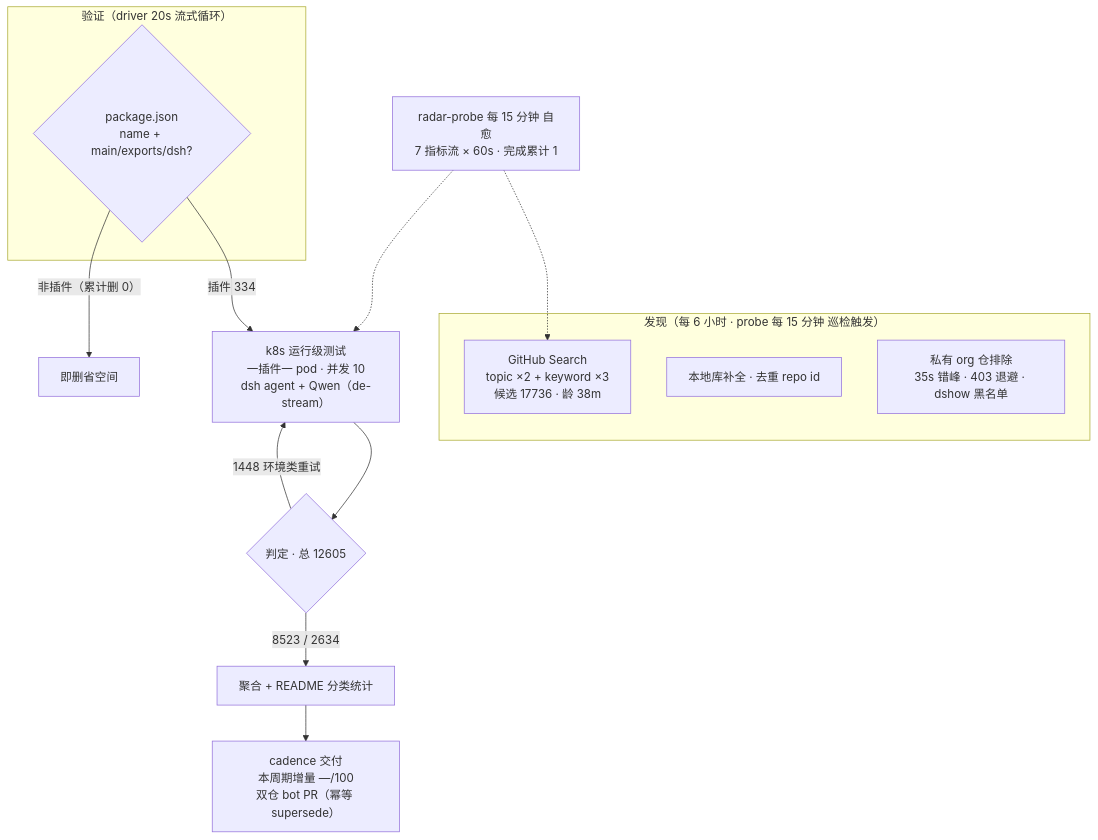
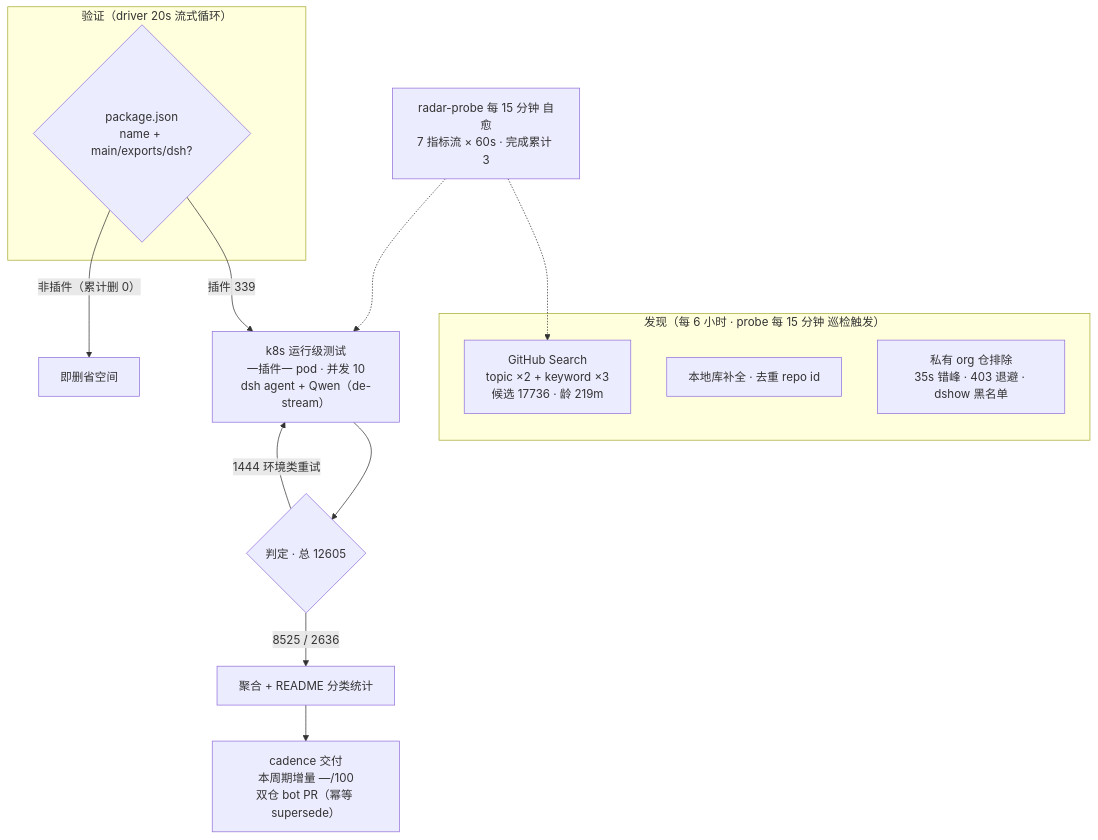
The diagram in README.md (AdamPlatin123/awesome-dsh-plugins), drawn with Mermaid before and after one commit. The commit also changed other lines of this file and 5 other files, not shown here.

````diff
--- a/README.md
+++ b/README.md
@@ -52,20 +52,20 @@
 ```mermaid
 flowchart TB
     subgraph Discovery["发现（每 6 小时 · probe 每 15 分钟 巡检触发）"]
-        A1["GitHub Search<br/>topic ×2 + keyword ×3<br/>候选 17736 · 龄 38m"]
+        A1["GitHub Search<br/>topic ×2 + keyword ×3<br/>候选 17736 · 龄 219m"]
         A2["本地库补全 · 去重 repo id"]
         A3["私有 org 仓排除<br/>35s 错峰 · 403 退避 · dshow 黑名单"]
     end
     subgraph Validation["验证（driver 20s 流式循环）"]
         B1{"package.json<br/>name + main/exports/dsh?"}
     end
-    B1 -->|"插件 334"| C1["k8s 运行级测试<br/>一插件一 pod · 并发 10<br/>dsh agent + Qwen（de-stream）"]
+    B1 -->|"插件 339"| C1["k8s 运行级测试<br/>一插件一 pod · 并发 10<br/>dsh agent + Qwen（de-stream）"]
     B1 -->|"非插件（累计删 0）"| B3["即删省空间"]
     C1 --> D1{"判定 · 总 12605"}
-    D1 -->|"8523 / 2634"| E1["聚合 + README 分类统计"]
-    D1 -->|"1448 环境类重试"| C1
+    D1 -->|"8525 / 2636"| E1["聚合 + README 分类统计"]
+    D1 -->|"1444 环境类重试"| C1
     E1 --> E2["cadence 交付<br/>本周期增量 —/100<br/>双仓 bot PR（幂等 supersede）"]
-    M["radar-probe 每 15 分钟 自愈<br/>7 指标流 × 60s · 完成累计 1"]
+    M["radar-probe 每 15 分钟 自愈<br/>7 指标流 × 60s · 完成累计 3"]
     M -.-> A1
     M -.-> C1
 ```
````
